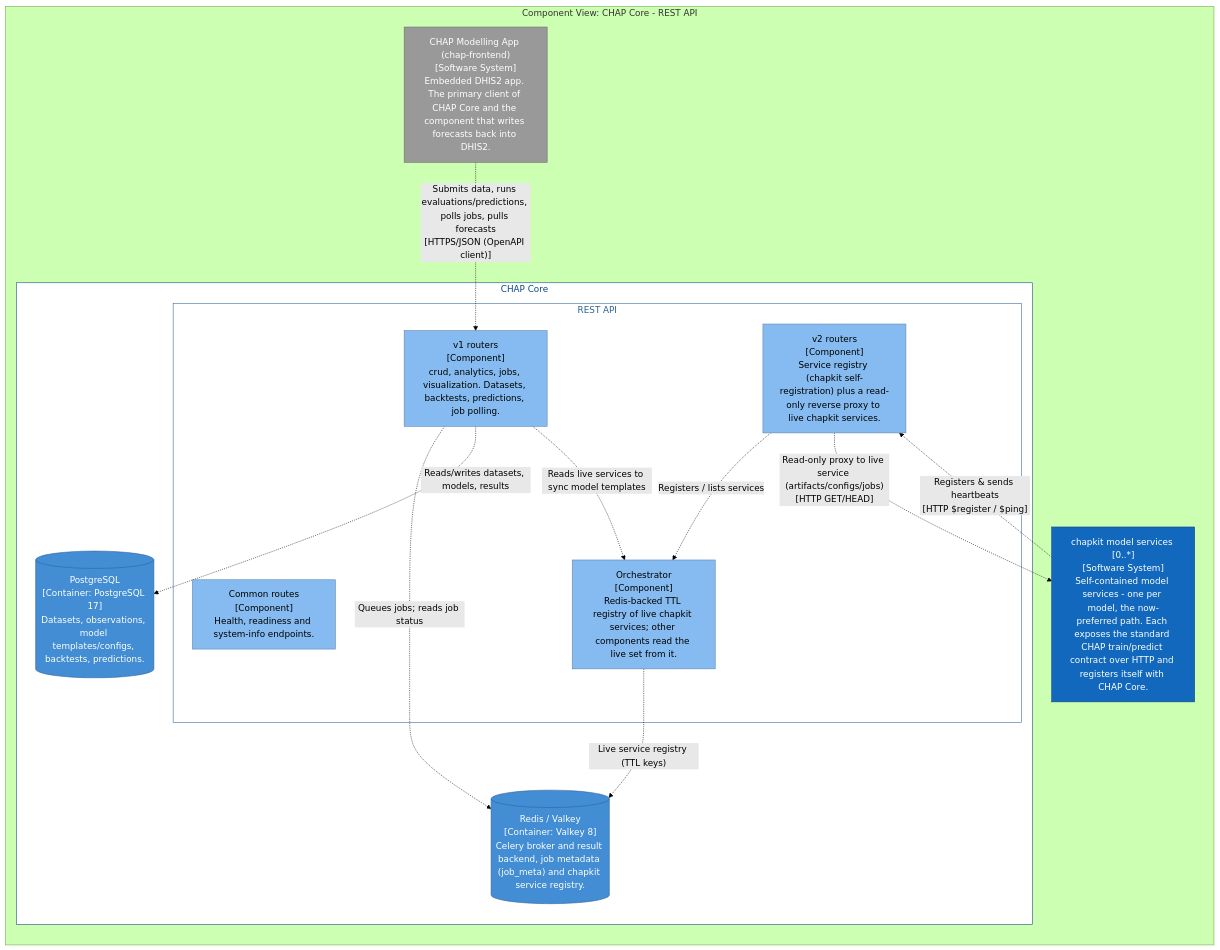
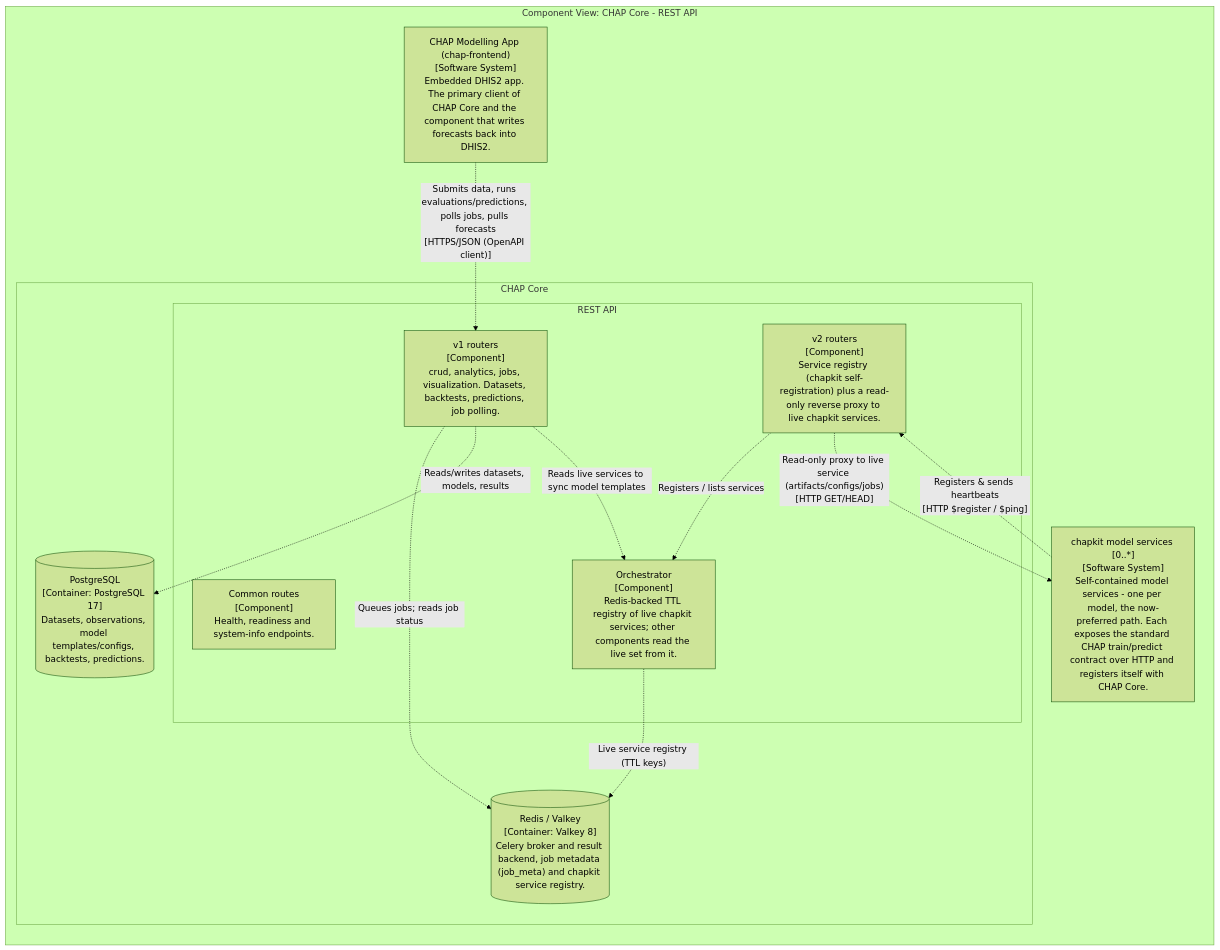
Before and after one commit to dhis2-chap/chap-core: the fourth of 9 diagrams in docs/contributor/architecture_model.md, drawn with Mermaid (forest theme). The commit also changed other lines of this file and 1 other file, not shown here.

Commit message:
docs(architecture): drop hard-coded C4 colours so model diagrams follow the docs theme

````diff
--- a/docs/contributor/architecture_model.md
+++ b/docs/contributor/architecture_model.md
@@ -129,43 +107,33 @@
 ```mermaid
 graph LR
 
   subgraph diagram ["Component View: CHAP Core - REST API"]
 
     19["chapkit model services [0..*]<br/>[Software System]<br/>Self-contained model services - one per model, the now-preferred path. Each exposes the standard CHAP train/predict contract over HTTP and registers itself with CHAP Core."]
-    style 19 fill:#1168bd,stroke:#0b4884,color:#ffffff
     4["CHAP Modelling App (chap-frontend)<br/>[Software System]<br/>Embedded DHIS2 app. The primary client of CHAP Core and the component that writes forecasts back into DHIS2."]
-    style 4 fill:#999999,stroke:#6b6b6b,color:#ffffff
 
     subgraph 6 ["CHAP Core"]
-      style 6 fill:#ffffff,stroke:#0b4884,color:#0b4884
 
       subgraph 7 ["REST API"]
-        style 7 fill:#ffffff,stroke:#2e6295,color:#2e6295
 
         10["v2 routers<br/>[Component]<br/>Service registry (chapkit self-registration) plus a read-only reverse proxy to live chapkit services."]
-        style 10 fill:#85bbf0,stroke:#5d82a8,color:#000000
         11["Orchestrator<br/>[Component]<br/>Redis-backed TTL registry of live chapkit services; other components read the live set from it."]
-        style 11 fill:#85bbf0,stroke:#5d82a8,color:#000000
         8["Common routes<br/>[Component]<br/>Health, readiness and system-info endpoints."]
-        style 8 fill:#85bbf0,stroke:#5d82a8,color:#000000
         9["v1 routers<br/>[Component]<br/>crud, analytics, jobs, visualization. Datasets, backtests, predictions, job polling."]
-        style 9 fill:#85bbf0,stroke:#5d82a8,color:#000000
       end
 
       17[("Redis / Valkey<br/>[Container: Valkey 8]<br/>Celery broker and result backend, job metadata (job_meta) and chapkit service registry.")]
-      style 17 fill:#438dd5,stroke:#2e6295,color:#ffffff
       18[("PostgreSQL<br/>[Container: PostgreSQL 17]<br/>Datasets, observations, model templates/configs, backtests, predictions.")]
-      style 18 fill:#438dd5,stroke:#2e6295,color:#ffffff
     end
 
     4-. "Submits data, runs evaluations/predictions, polls jobs, pulls forecasts<br/>[HTTPS/JSON (OpenAPI client)]" .->9
     10-. "Registers / lists services" .->11
     9-. "Queues jobs; reads job status" .->17
     9-. "Reads/writes datasets, models, results" .->18
     11-. "Live service registry (TTL keys)" .->17
     9-. "Reads live services to sync model templates" .->11
     19-. "Registers & sends heartbeats<br/>[HTTP $register / $ping]" .->10
     10-. "Read-only proxy to live service (artifacts/configs/jobs)<br/>[HTTP GET/HEAD]" .->19
 
   end
 ```
````
